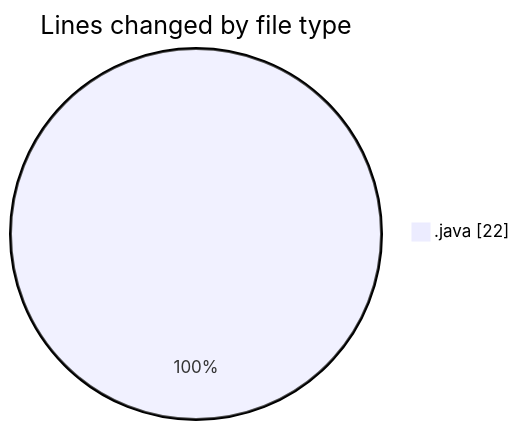
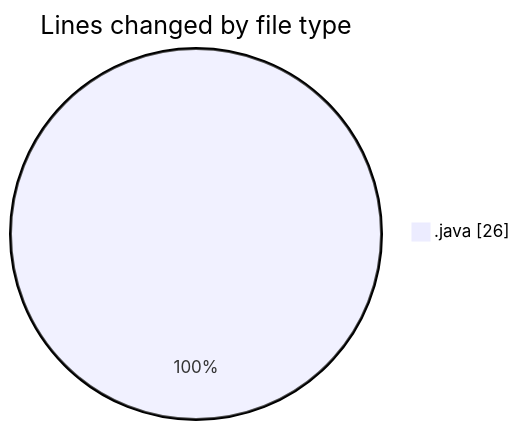
The first of 2 diagrams in 2025-02-07/coding_prac_2/README.md (NitaiMahat/code-tracking), drawn with Mermaid before and after one commit. The commit also changed other lines of this file and 1 other file, not shown here.

````diff
--- a/2025-02-07/coding_prac_2/README.md
+++ b/2025-02-07/coding_prac_2/README.md
@@ -21,5 +22,5 @@
 ```mermaid
 pie showData
 title Lines changed by file type
-".java" : 22
+".java" : 26
 ```
````
